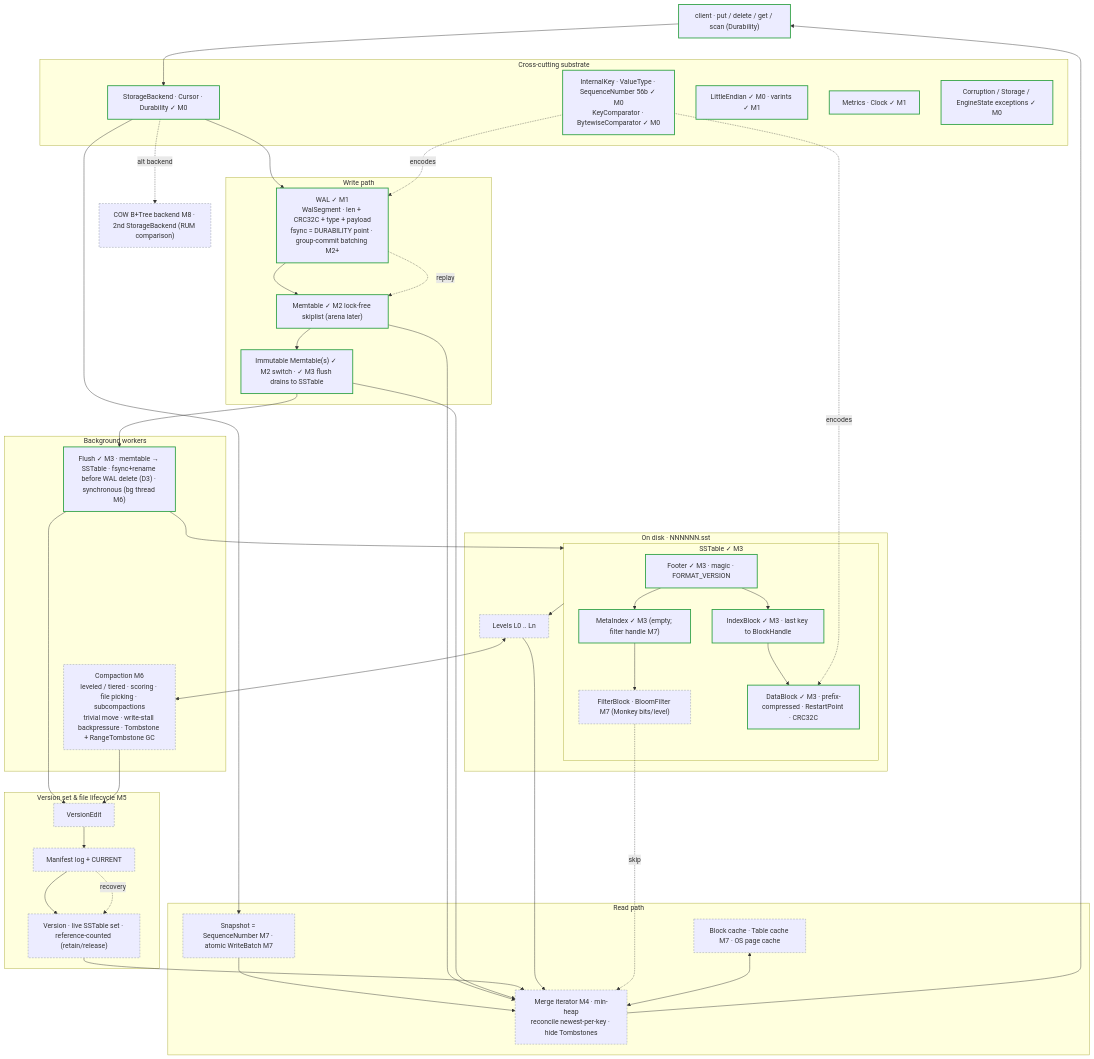
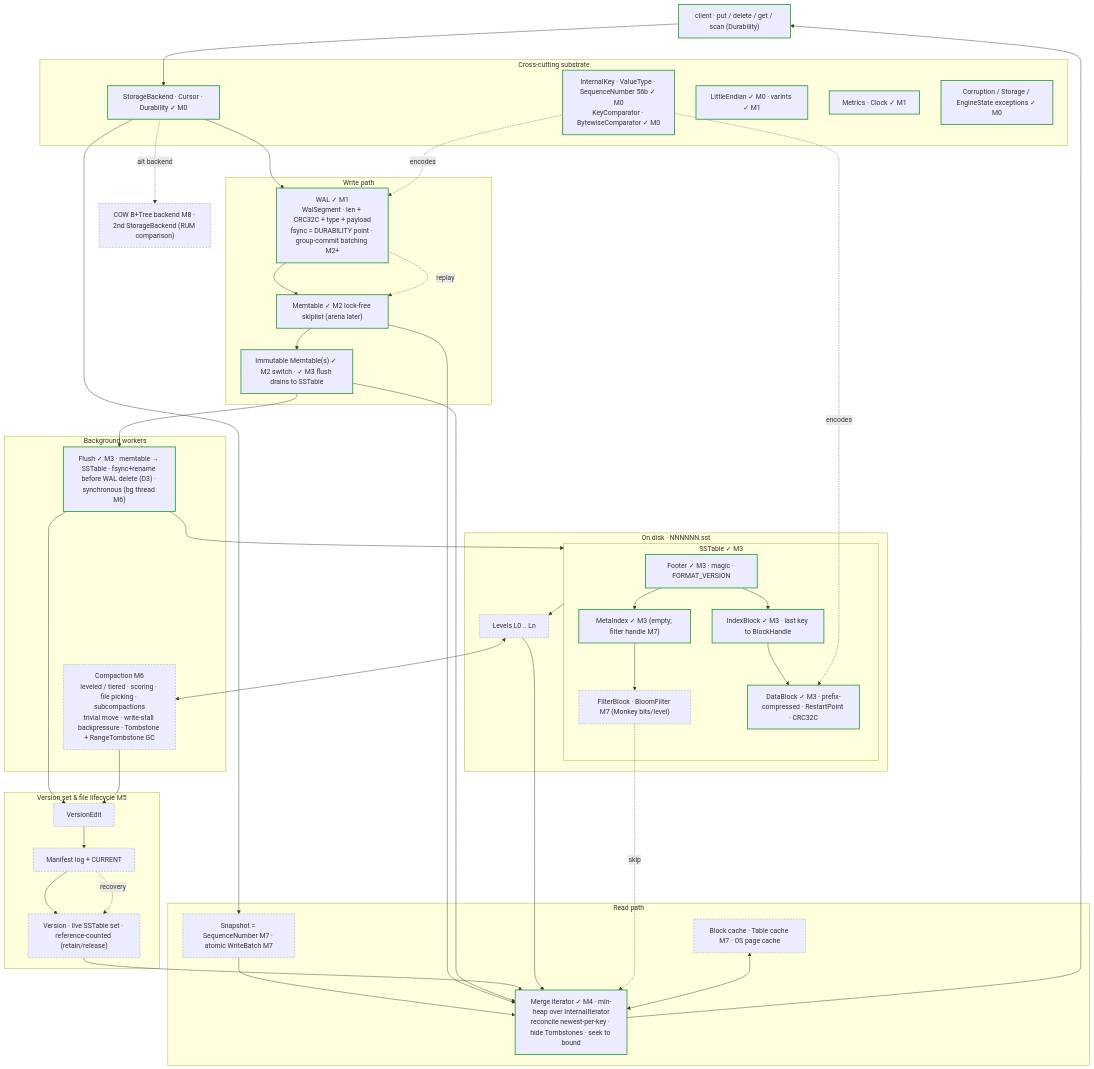
The second of 4 diagrams in README.md (rahul-j0shi/shale), drawn with Mermaid before and after one commit. The commit also changed other lines of this file and 8 other files, not shown here.

````diff
--- a/README.md
+++ b/README.md
@@ -104,82 +109,82 @@
 ```mermaid
 flowchart TB
   client["client · put / delete / get / scan (Durability)"]:::done
 
   subgraph xcut["Cross-cutting substrate"]
     spi["StorageBackend · Cursor · Durability ✓ M0"]:::done
     keyz["InternalKey · ValueType · SequenceNumber 56b ✓ M0<br/>KeyComparator · BytewiseComparator ✓ M0"]:::done
     codez["LittleEndian ✓ M0 · varints ✓ M1"]:::done
     obs["Metrics · Clock ✓ M1"]:::done
     errs["Corruption / Storage / EngineState exceptions ✓ M0"]:::done
   end
 
   subgraph wpath["Write path"]
     wal["WAL ✓ M1<br/>WalSegment · len + CRC32C + type + payload<br/>fsync = DURABILITY point · group-commit batching M2+"]:::done
     mem["Memtable ✓ M2 lock-free skiplist (arena later)"]:::done
     imm["Immutable Memtable(s) ✓ M2 switch · ✓ M3 flush drains to SSTable"]:::done
   end
 
   subgraph bg["Background workers"]
     flush["Flush ✓ M3 · memtable → SSTable · fsync+rename before WAL delete (D3) · synchronous (bg thread M6)"]:::done
     comp["Compaction M6<br/>leveled / tiered · scoring · file picking · subcompactions<br/>trivial move · write-stall backpressure · Tombstone + RangeTombstone GC"]:::plan
   end
 
   subgraph store["On disk · NNNNNN.sst"]
     subgraph sstable["SSTable ✓ M3"]
       ft["Footer ✓ M3 · magic · FORMAT_VERSION"]:::done
       idx["IndexBlock ✓ M3 · last key to BlockHandle"]:::done
       mi["MetaIndex ✓ M3 (empty; filter handle M7)"]:::done
       fb["FilterBlock · BloomFilter M7 (Monkey bits/level)"]:::plan
       db["DataBlock ✓ M3 · prefix-compressed · RestartPoint · CRC32C"]:::done
     end
     lvl["Levels L0 .. Ln"]:::plan
   end
 
   subgraph vers["Version set & file lifecycle M5"]
     edit["VersionEdit"]:::plan
     man["Manifest log + CURRENT"]:::plan
     ver["Version · live SSTable set · reference-counted (retain/release)"]:::plan
   end
 
   subgraph rpath["Read path"]
     snap["Snapshot = SequenceNumber M7 · atomic WriteBatch M7"]:::plan
-    merge["Merge iterator M4 · min-heap<br/>reconcile newest-per-key · hide Tombstones"]:::plan
+    merge["Merge iterator ✓ M4 · min-heap over InternalIterator<br/>reconcile newest-per-key · hide Tombstones · seek to bound"]:::done
     cache["Block cache · Table cache M7 · OS page cache"]:::plan
   end
 
   bpt["COW B+Tree backend M8 · 2nd StorageBackend (RUM comparison)"]:::plan
 
   client --> spi
   spi --> wal
   wal --> mem
   mem --> imm
   imm --> flush
   flush --> sstable
   sstable --> lvl
   ft --> idx
   ft --> mi
   idx --> db
   mi --> fb
   flush --> edit
   comp --> edit
   lvl <--> comp
   edit --> man
   man --> ver
   spi --> snap
   snap --> merge
   mem --> merge
   imm --> merge
   ver --> merge
   lvl --> merge
   fb -. skip .-> merge
   cache <--> merge
   merge --> client
   man -. recovery .-> ver
   wal -. replay .-> mem
   keyz -. encodes .-> wal
   keyz -. encodes .-> db
   spi -. alt backend .-> bpt
 
   classDef done stroke:#2ea043,stroke-width:2px;
   classDef plan stroke:#8b949e,stroke-width:1px,stroke-dasharray:4 3;
 ```
````
